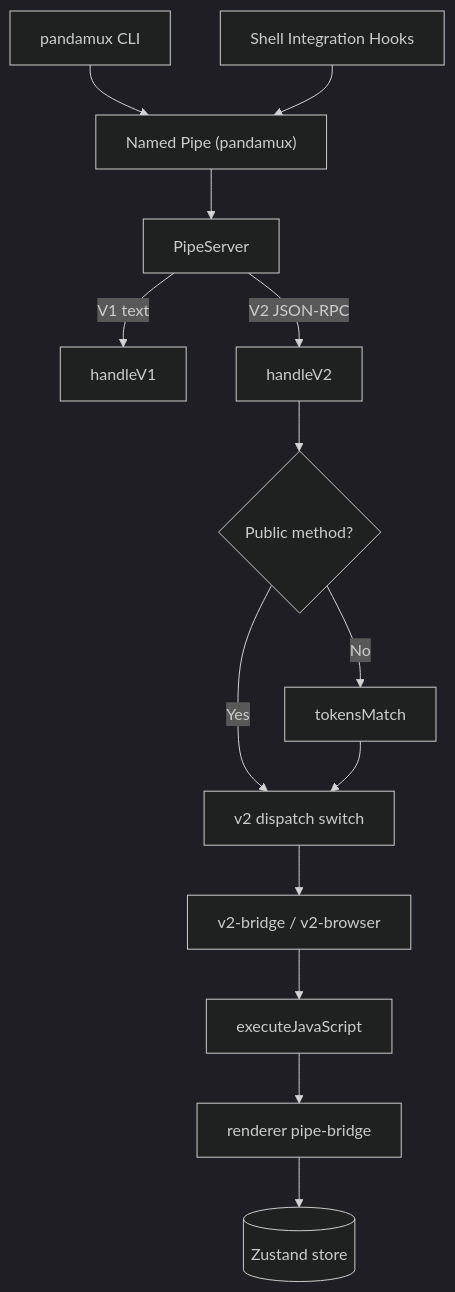
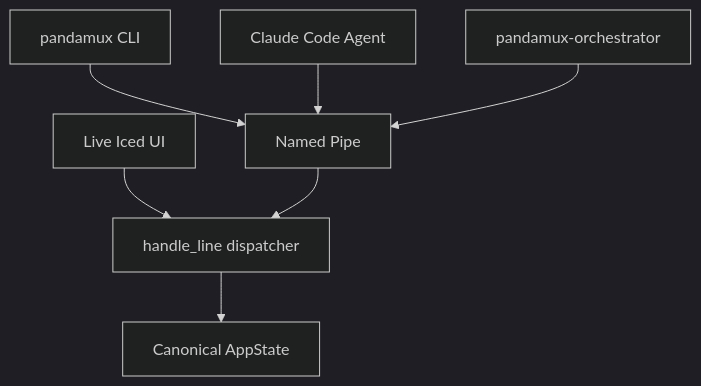
One commit to BoardPandas/Pandamux changed the first of 2 diagrams in docs/features/NAMED_PIPE_IPC.md. Above: the diagram before and after it, drawn with Mermaid (dark theme). The commit also changed other lines of this file and 25 other files, not shown here.

````diff
--- a/docs/features/NAMED_PIPE_IPC.md
+++ b/docs/features/NAMED_PIPE_IPC.md
@@ -32,16 +38,9 @@
 ```mermaid
 graph TD
-    CLI["pandamux CLI"] --> Pipe["Named Pipe (pandamux)"]
-    Shell["Shell Integration Hooks"] --> Pipe
-    Pipe --> PipeServer["PipeServer"]
-    PipeServer -->|"V1 text"| V1Handler["handleV1"]
-    PipeServer -->|"V2 JSON-RPC"| V2Handler["handleV2"]
-    V2Handler --> Auth{"Public method?"}
-    Auth -->|"No"| TokenCheck["tokensMatch"]
-    Auth -->|"Yes"| Dispatch["v2 dispatch switch"]
-    TokenCheck --> Dispatch
-    Dispatch --> Bridge["v2-bridge / v2-browser"]
-    Bridge --> ExecJS["executeJavaScript"]
-    ExecJS --> RendererBridge["renderer pipe-bridge"]
-    RendererBridge --> Zustand[("Zustand store")]
+    CLI["pandamux CLI"] --> Pipe["Named Pipe"]
+    Agent["Claude Code Agent"] --> Pipe
+    Orchestrator["pandamux-orchestrator"] --> Pipe
+    UI["Live Iced UI"] --> Dispatcher["handle_line dispatcher"]
+    Pipe --> Dispatcher
+    Dispatcher --> State["Canonical AppState"]
 ```
````
